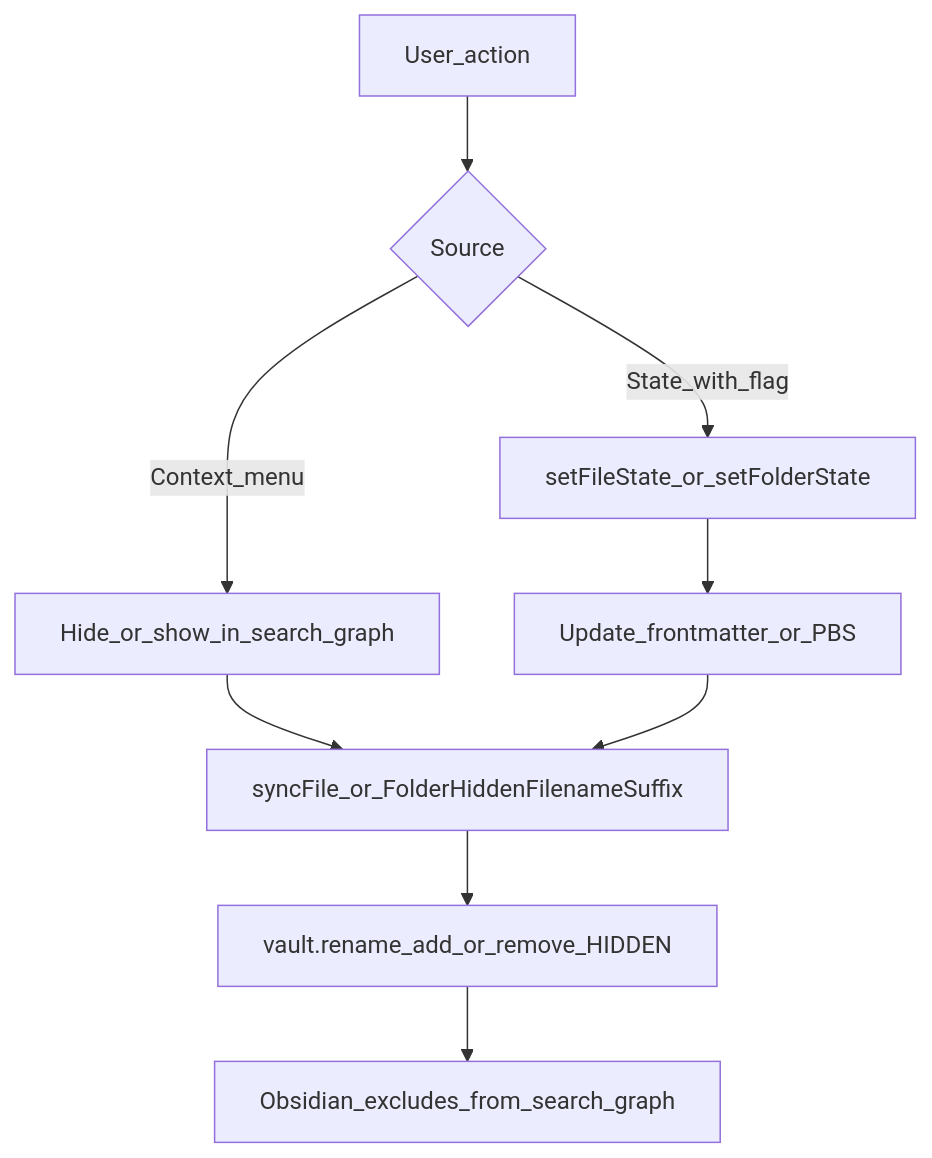
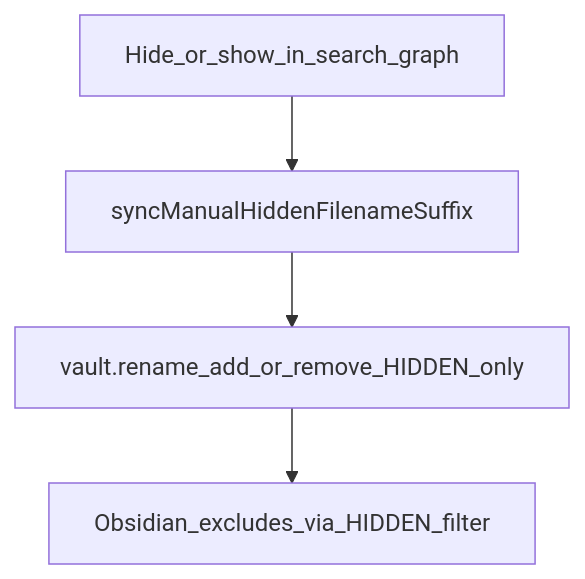
Before and after one commit to daledesilva/obsidian_project-browser: the second of 3 diagrams in docs/hide-from-search-graph.md, drawn with Mermaid. The commit also changed other lines of this file and 31 other files, not shown here.

Commit message:
added: Split manual [HIDDEN] from state [STATE-HIDE] hide suffixes so context-menu and state-driven hides no longer overwrite each other. Fixed state editor persistence for hideFromSearchGraph, added unit and e2e tests, and corrected the open-browser e2e command id.

````diff
--- a/docs/hide-from-search-graph.md
+++ b/docs/hide-from-search-graph.md
@@ -59,11 +76,6 @@
 ```mermaid
 flowchart TD
-    Action[User_action] --> Source{Source}
-    Source -->|Context_menu| Menu[Hide_or_show_in_search_graph]
-    Source -->|State_with_flag| State[setFileState_or_setFolderState]
-    Menu --> Sync[syncFile_or_FolderHiddenFilenameSuffix]
-    State --> FM[Update_frontmatter_or_PBS]
-    FM --> Sync
-    Sync --> Rename[vault.rename_add_or_remove_HIDDEN]
-    Rename --> Obsidian[Obsidian_excludes_from_search_graph]
+    Menu[Hide_or_show_in_search_graph] --> Manual[syncManualHiddenFilenameSuffix]
+    Manual --> Rename[vault.rename_add_or_remove_HIDDEN_only]
+    Rename --> Obsidian[Obsidian_excludes_via_HIDDEN_filter]
 ```
````
